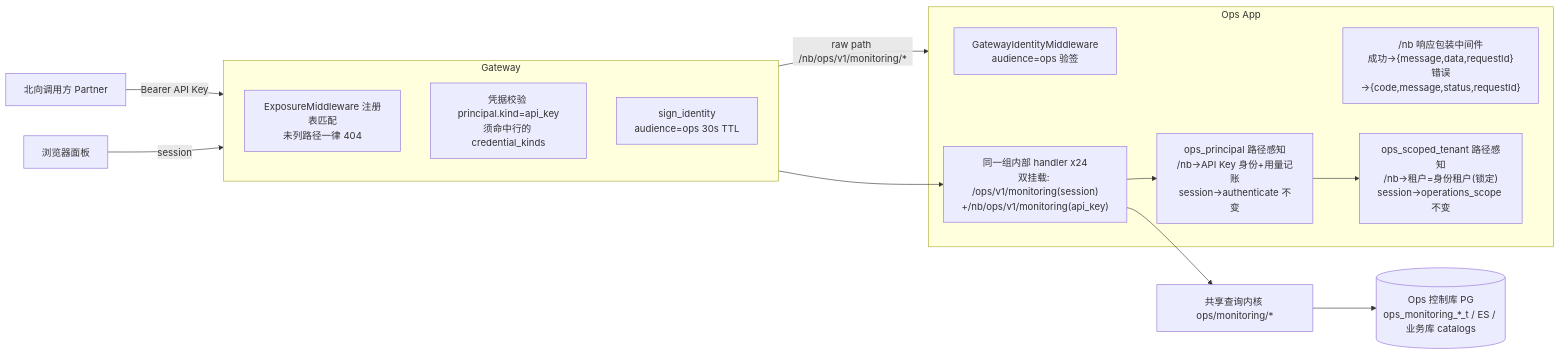
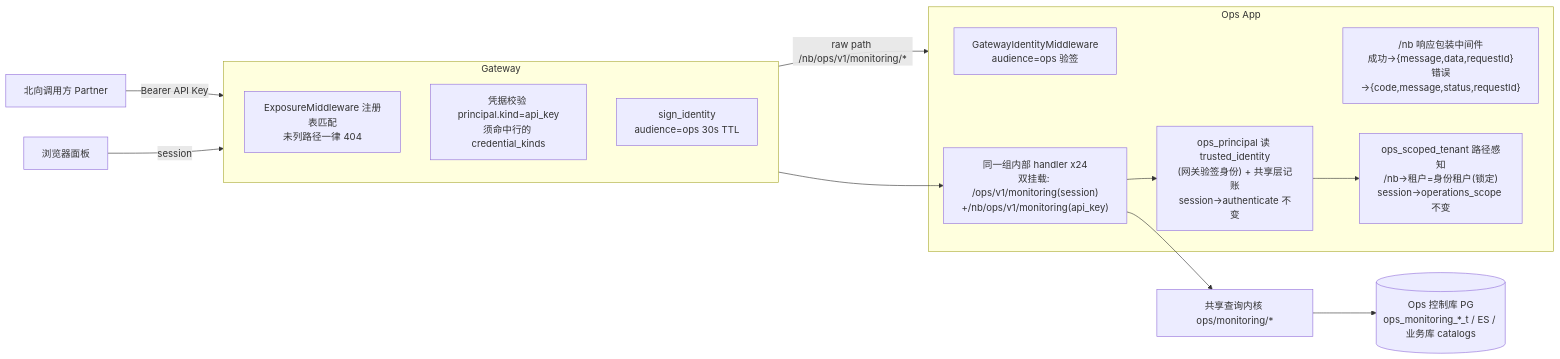
The second of 3 diagrams in docs/handoffs/2026-11-27-northbound-monitoring-reuse-design.md (ModelEngine-Group/nexent), drawn with Mermaid before and after one commit. The commit also changed other lines of this file, not shown here.

First line of the commit message:
docs(ops): add the container-and-layer architecture logic diagram

````diff
--- a/docs/handoffs/2026-11-27-northbound-monitoring-reuse-design.md
+++ b/docs/handoffs/2026-11-27-northbound-monitoring-reuse-design.md
@@ -86,22 +144,22 @@
 ```mermaid
 flowchart LR
     P[北向调用方 Partner] -- "Bearer API Key" --> G[Gateway :5013]
     subgraph G[Gateway]
         EM[ExposureMiddleware 注册表匹配<br/>未列路径一律 404]
         CI[凭据校验 principal.kind=api_key<br/>须命中行的 credential_kinds]
         SI[sign_identity<br/>audience=ops 30s TTL]
     end
     G -- "raw path /nb/ops/v1/monitoring/*" --> O[Ops App :5016]
     subgraph O[Ops App]
         GIM[GatewayIdentityMiddleware<br/>audience=ops 验签]
         ENV["/nb 响应包装中间件<br/>成功→{message,data,requestId}<br/>错误→{code,message,status,requestId}"]
         SH["同一组内部 handler x24<br/>双挂载: /ops/v1/monitoring(session)<br/>+/nb/ops/v1/monitoring(api_key)"]
-        PA["ops_principal 路径感知<br/>/nb→API Key 身份+用量记账<br/>session→authenticate 不变"]
+        PA["ops_principal 读 trusted_identity<br/>(网关验签身份) + 共享层记账<br/>session→authenticate 不变"]
         TL["ops_scoped_tenant 路径感知<br/>/nb→租户=身份租户(锁定)<br/>session→operations_scope 不变"]
     end
     B[浏览器面板] -- "session" --> G
     G --> SH
     SH --> PA --> TL
     SH --> K[共享查询内核 ops/monitoring/*]
     K --> D[(Ops 控制库 PG<br/>ops_monitoring_*_t / ES / 业务库 catalogs)]
 ```
````
